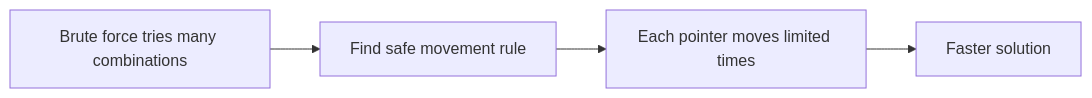
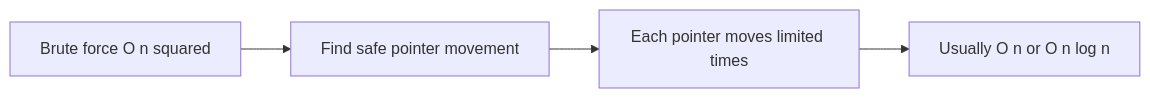
Before and after one commit to mthaiseer/springcloud-systemdesign-notes: the second of 36 diagrams in CP_DSA_NOTES/CONCEPT_FRAMEWORK_FORMS_TATICS/two_pointers_sliding_window_playbook.md, drawn with Mermaid. The commit also changed other lines of this file, not shown here.

````diff
--- a/CP_DSA_NOTES/CONCEPT_FRAMEWORK_FORMS_TATICS/two_pointers_sliding_window_playbook.md
+++ b/CP_DSA_NOTES/CONCEPT_FRAMEWORK_FORMS_TATICS/two_pointers_sliding_window_playbook.md
@@ -111,6 +105,6 @@
 ```mermaid
 flowchart LR
-    A["Brute force tries many combinations"] --> B["Find safe movement rule"]
+    A["Brute force O n squared"] --> B["Find safe pointer movement"]
     B --> C["Each pointer moves limited times"]
-    C --> D["Faster solution"]
+    C --> D["Usually O n or O n log n"]
 ```
````
